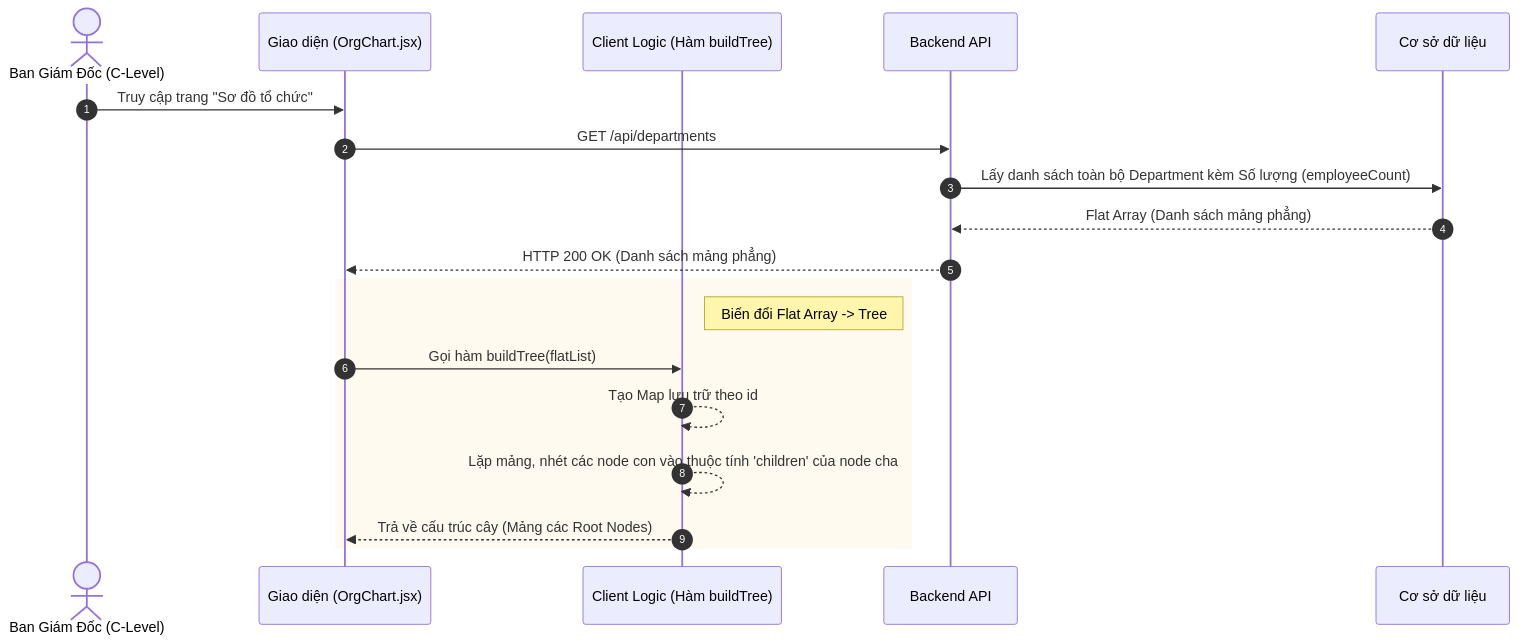
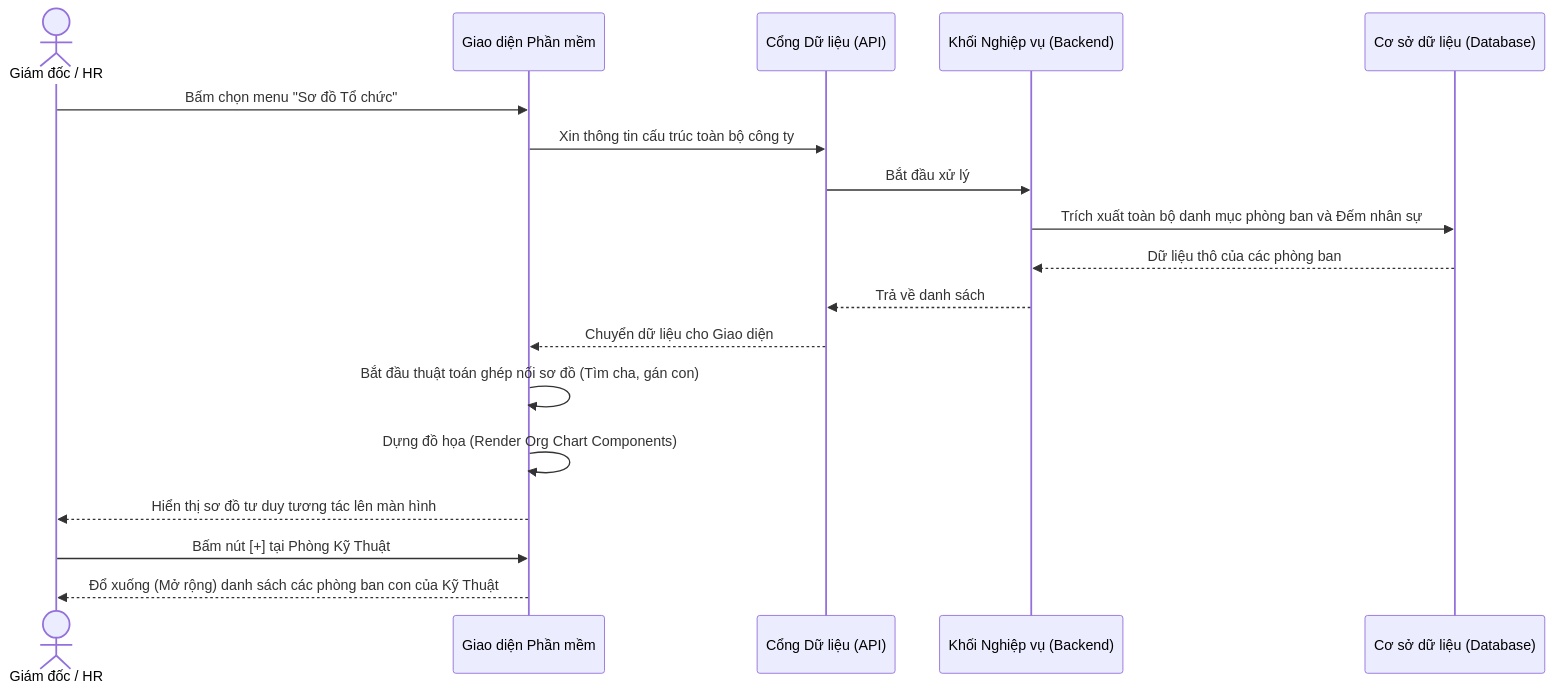
The diagram in docs/Tài liệu phân tích nghiệp vụ từng module/Module Tổ chức/Chuc-nang-Xem-So-do-To-chuc.md (aye2710/HRM-DATN), drawn with Mermaid before and after one commit. The commit also changed other lines of this file and 32 other files, not shown here.

````diff
--- a/docs/Tài liệu phân tích nghiệp vụ từng module/Module Tổ chức/Chuc-nang-Xem-So-do-To-chuc.md
+++ b/docs/Tài liệu phân tích nghiệp vụ từng module/Module Tổ chức/Chuc-nang-Xem-So-do-To-chuc.md
@@ -15,24 +33,22 @@
 ```mermaid
 sequenceDiagram
-    autonumber
-    actor BOD as Ban Giám Đốc (C-Level)
-    participant FE as Giao diện (OrgChart.jsx)
-    participant Logic as Client Logic (Hàm buildTree)
-    participant BE as Backend API
-    participant DB as Cơ sở dữ liệu
+    actor User as Giám đốc / HR
+    participant FE as Giao diện Phần mềm
+    participant API as Cổng Dữ liệu (API)
+    participant BE as Khối Nghiệp vụ (Backend)
+    participant DB as Cơ sở dữ liệu (Database)
 
-    BOD->>FE: Truy cập trang "Sơ đồ tổ chức"
-    FE->>BE: GET /api/departments
+    User->>FE: Bấm chọn menu "Sơ đồ Tổ chức"
+    FE->>API: Xin thông tin cấu trúc toàn bộ công ty
+    API->>BE: Bắt đầu xử lý
+    BE->>DB: Trích xuất toàn bộ danh mục phòng ban và Đếm nhân sự
+    DB-->>BE: Dữ liệu thô của các phòng ban
+    BE-->>API: Trả về danh sách
+    API-->>FE: Chuyển dữ liệu cho Giao diện
+    FE->>FE: Bắt đầu thuật toán ghép nối sơ đồ (Tìm cha, gán con)
+    FE->>FE: Dựng đồ họa (Render Org Chart Components)
+    FE-->>User: Hiển thị sơ đồ tư duy tương tác lên màn hình
     
-    BE->>DB: Lấy danh sách toàn bộ Department kèm Số lượng (employeeCount)
-    DB-->>BE: Flat Array (Danh sách mảng phẳng)
-    BE-->>FE: HTTP 200 OK (Danh sách mảng phẳng)
-    
-    rect rgb(255, 250, 240)
-        note right of Logic: Biến đổi Flat Array -> Tree
-        FE->>Logic: Gọi hàm buildTree(flatList)
-        Logic-->>Logic: Tạo Map lưu trữ theo id
-        Logic-->>Logic: Lặp mảng, nhét các node con vào thuộc tính 'children' của node cha
-        Logic-->>FE: Trả về cấu trúc cây (Mảng các Root Nodes)
-    end
+    User->>FE: Bấm nút [+] tại Phòng Kỹ Thuật
+    FE-->>User: Đổ xuống (Mở rộng) danh sách các phòng ban con của Kỹ Thuật
 ```
````
